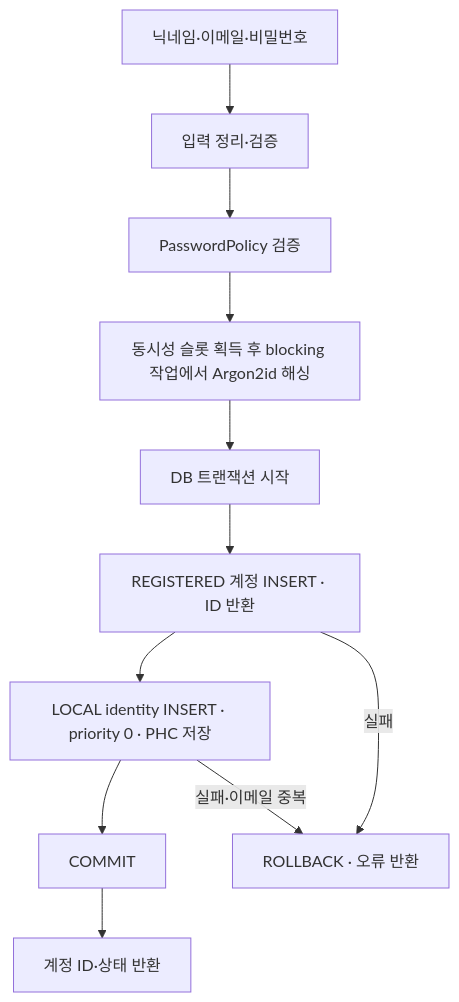
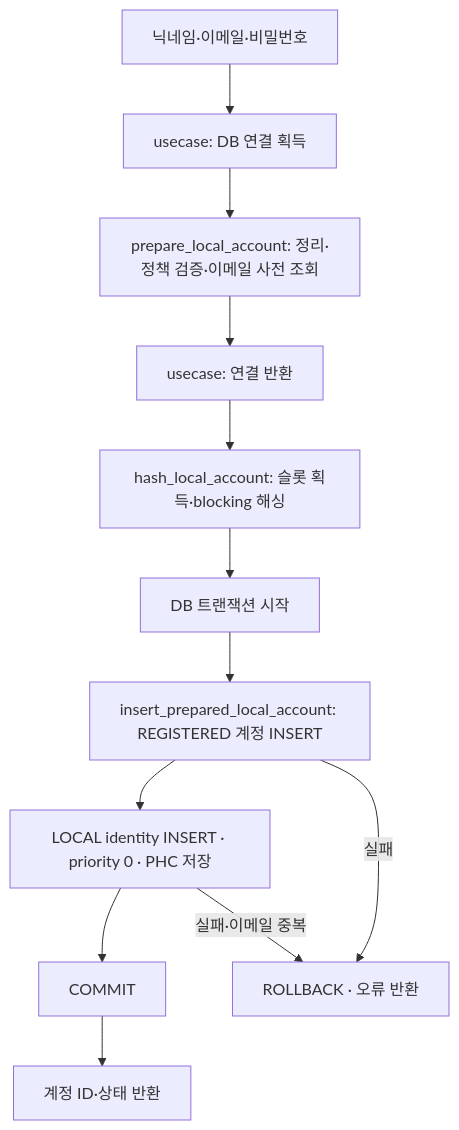
The diagram in docs/specs/auth/create-local-user/plan.md (ghtak/tlab), drawn with Mermaid before and after one commit. The commit also changed other lines of this file and 25 other files, not shown here.

````diff
--- a/docs/specs/auth/create-local-user/plan.md
+++ b/docs/specs/auth/create-local-user/plan.md
@@ -133,13 +142,14 @@
 ```mermaid
 flowchart TD
-    I[닉네임·이메일·비밀번호] --> V[입력 정리·검증]
-    V --> P[PasswordPolicy 검증]
-    P --> H[동시성 슬롯 획득 후 blocking 작업에서 Argon2id 해싱]
+    I[닉네임·이메일·비밀번호] --> D[usecase: DB 연결 획득]
+    D --> V[prepare_local_account: 정리·정책 검증·이메일 사전 조회]
+    V --> F[usecase: 연결 반환]
+    F --> H[hash_local_account: 슬롯 획득·blocking 해싱]
     H --> T[DB 트랜잭션 시작]
-    T --> A[REGISTERED 계정 INSERT · ID 반환]
+    T --> A[insert_prepared_local_account: REGISTERED 계정 INSERT]
     A --> M[LOCAL identity INSERT · priority 0 · PHC 저장]
     M --> C[COMMIT]
     C --> R[계정 ID·상태 반환]
     A -->|실패| X[ROLLBACK · 오류 반환]
     M -->|실패·이메일 중복| X
 ```
````
